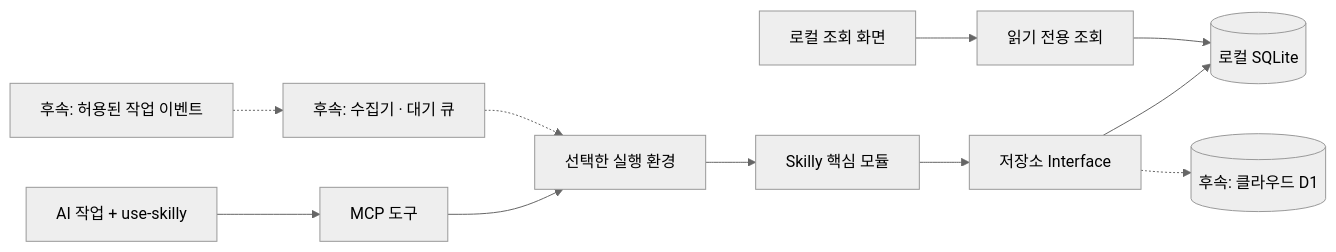
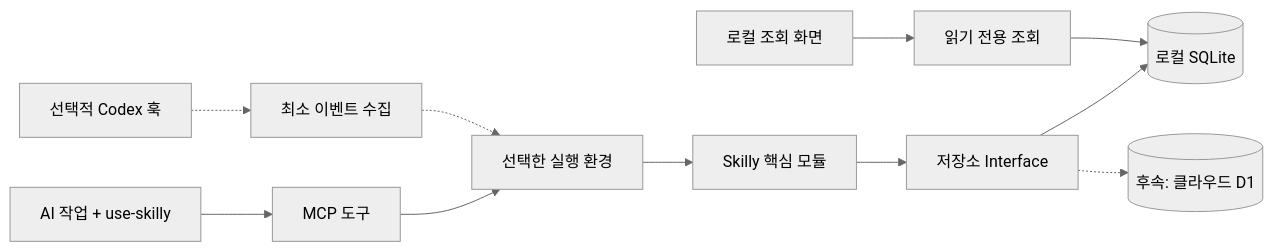
One commit to lsy980326/Skilly changed the diagram in README.md. Above: the diagram before and after it, drawn with Mermaid (neutral theme). The commit also changed other lines of this file and 7 other files, not shown here.

````diff
--- a/README.md
+++ b/README.md
@@ -105,13 +108,13 @@
 ```mermaid
 flowchart LR
     AI["AI 작업 + use-skilly"] --> MCP["MCP 도구"]
-    Hooks["후속: 허용된 작업 이벤트"] -.-> Collector["후속: 수집기 · 대기 큐"]
+    Hooks["선택적 Codex 훅"] -.-> Collector["최소 이벤트 수집"]
     MCP --> Runtime["선택한 실행 환경"]
     Collector -.-> Runtime
     Runtime --> Core["Skilly 핵심 모듈"]
     Core --> Storage["저장소 Interface"]
     Storage --> Local[("로컬 SQLite")]
     Storage -.-> Cloud[("후속: 클라우드 D1")]
     UI["로컬 조회 화면"] --> Reader["읽기 전용 조회"]
     Reader --> Local
 ```
````
